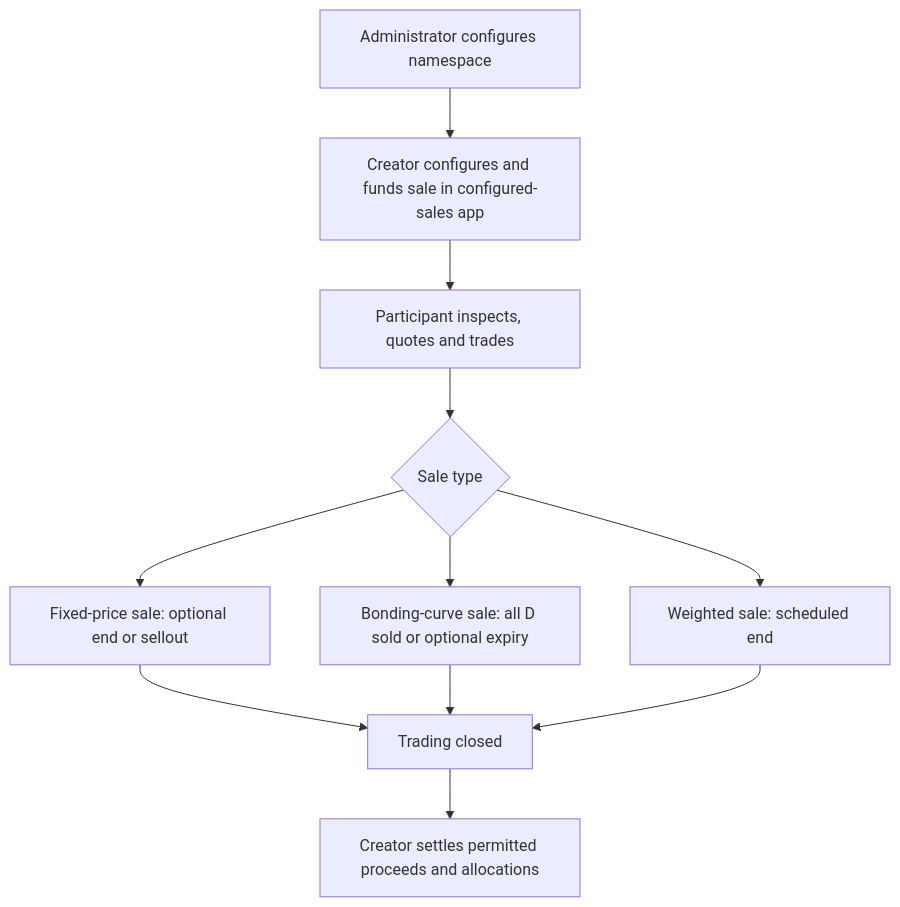
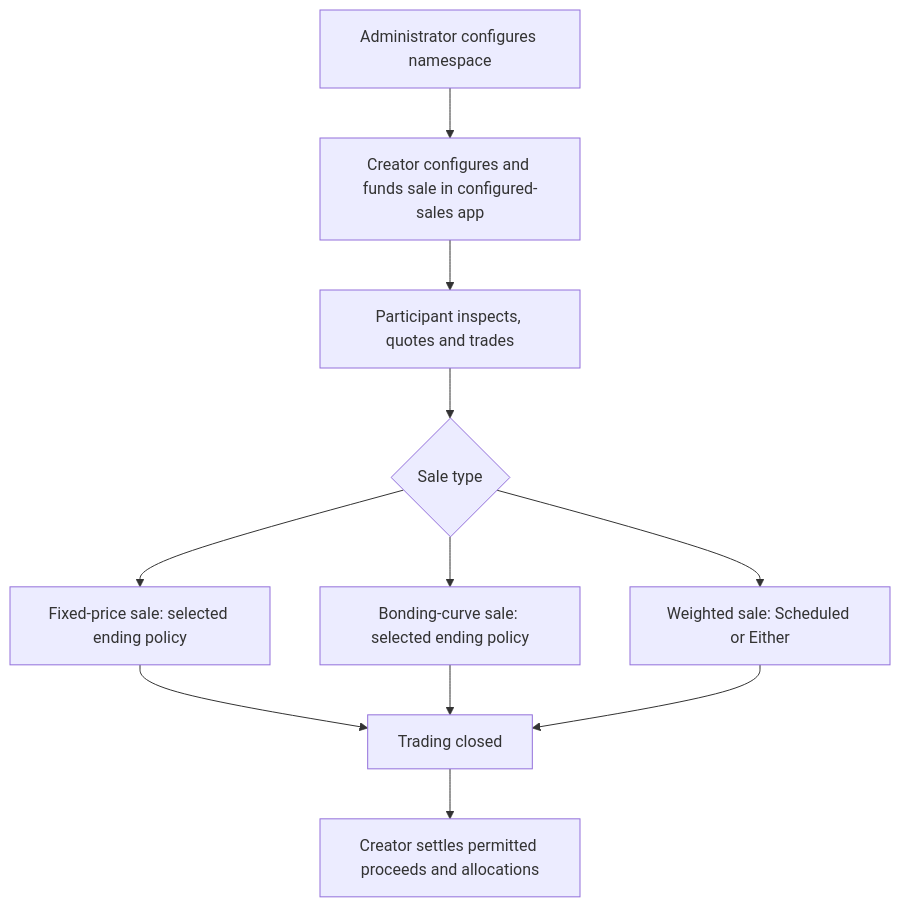
One commit to bleu/logos-launchpad changed the diagram in docs/product/prd.md. Above: the diagram before and after it, drawn with Mermaid. The commit also changed other lines of this file and 54 other files, not shown here.

Commit message:
refactor(policy): share fee and ending decisions

````diff
--- a/docs/product/prd.md
+++ b/docs/product/prd.md
@@ -34,13 +34,13 @@
 ```mermaid
 flowchart TB
     Namespace[Administrator configures namespace] --> Create[Creator configures and funds sale in configured-sales app]
     Create --> Trade[Participant inspects, quotes and trades]
     Trade --> SaleType{Sale type}
-    SaleType --> FixedPrice[Fixed-price sale: optional end or sellout]
-    SaleType --> Curve[Bonding-curve sale: all D sold or optional expiry]
-    SaleType --> Weighted[Weighted sale: scheduled end]
+    SaleType --> FixedPrice[Fixed-price sale: selected ending policy]
+    SaleType --> Curve[Bonding-curve sale: selected ending policy]
+    SaleType --> Weighted[Weighted sale: Scheduled or Either]
     FixedPrice --> Closed[Trading closed]
     Curve --> Closed
     Weighted --> Closed
     Closed --> Settle[Creator settles permitted proceeds and allocations]
 ```
````
